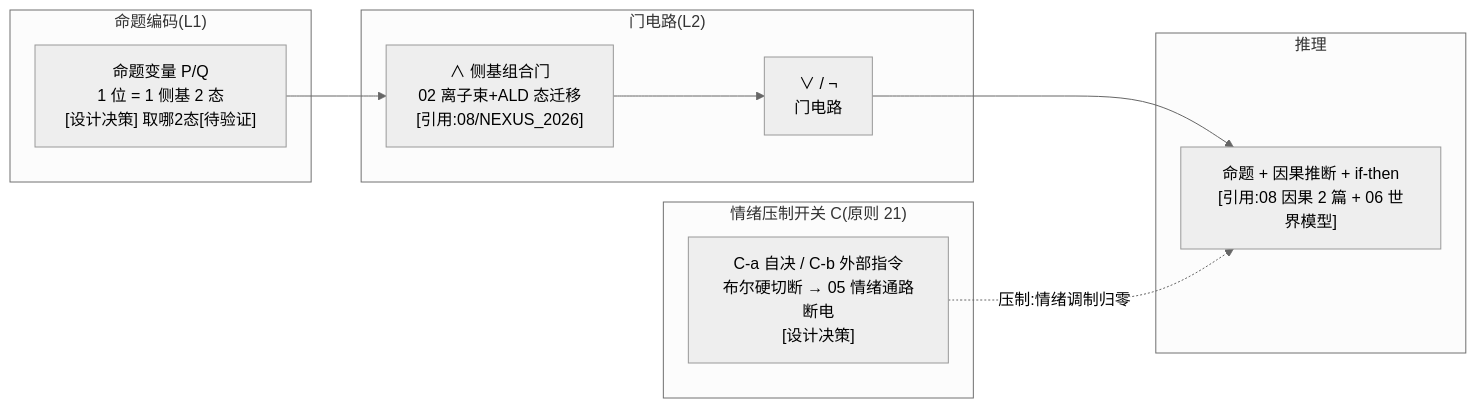
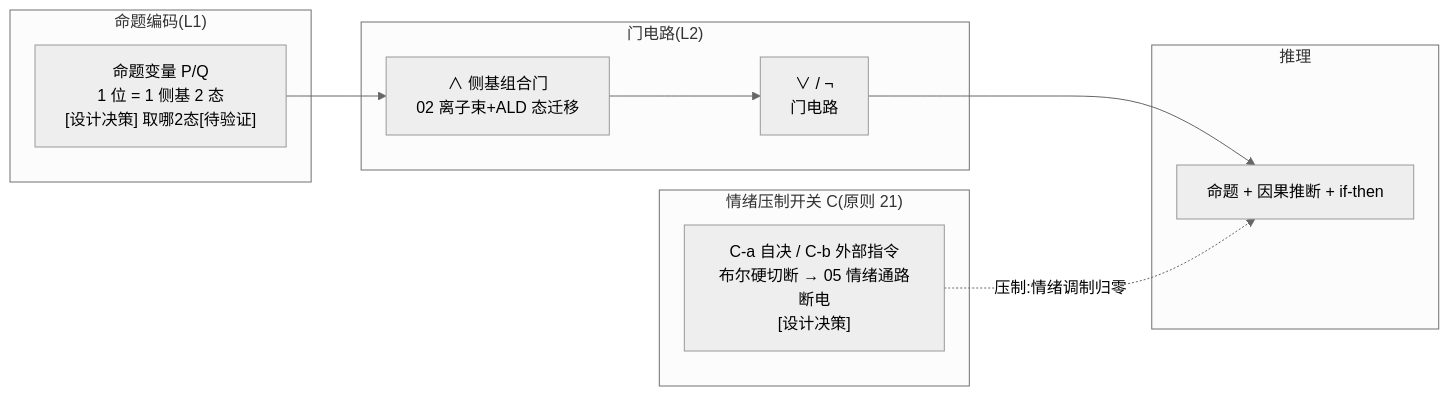
The first of 2 diagrams in zh-CN/08_逻辑推理_设计.md (RichardASimon/Silicon-Biological-Blueprint), drawn with Mermaid (neutral theme) before and after one commit. The commit also changed other lines of this file and 23 other files, not shown here.

First line of the commit message:
docs: improve report formatting, table balance and diagram captions

````diff
--- a/zh-CN/08_逻辑推理_设计.md
+++ b/zh-CN/08_逻辑推理_设计.md
@@ -129,24 +143,24 @@
 ```mermaid
 flowchart LR
     subgraph ENC["命题编码(L1)"]
         P["命题变量 P/Q<br/>1 位 = 1 侧基 2 态<br/>[设计决策] 取哪2态[待验证]"]
     end
 
     subgraph GATE["门电路(L2)"]
-        AND["∧ 侧基组合门<br/>02 离子束+ALD 态迁移<br/>[引用:08/NEXUS_2026]"]
+        AND["∧ 侧基组合门<br/>02 离子束+ALD 态迁移<br/>"]
         ORV["∨ / ¬<br/>门电路"]
         AND --> ORV
     end
 
     subgraph REAS["推理"]
-        R["命题 + 因果推断 + if-then<br/>[引用:08 因果 2 篇 + 06 世界模型]"]
+        R["命题 + 因果推断 + if-then<br/>"]
     end
 
     subgraph SUPP["情绪压制开关 C(原则 21)"]
         C["C-a 自决 / C-b 外部指令<br/>布尔硬切断 → 05 情绪通路断电<br/>[设计决策]"]
     end
 
     P --> AND
     ORV --> R
     C -.->|压制:情绪调制归零| R
 ```
````
